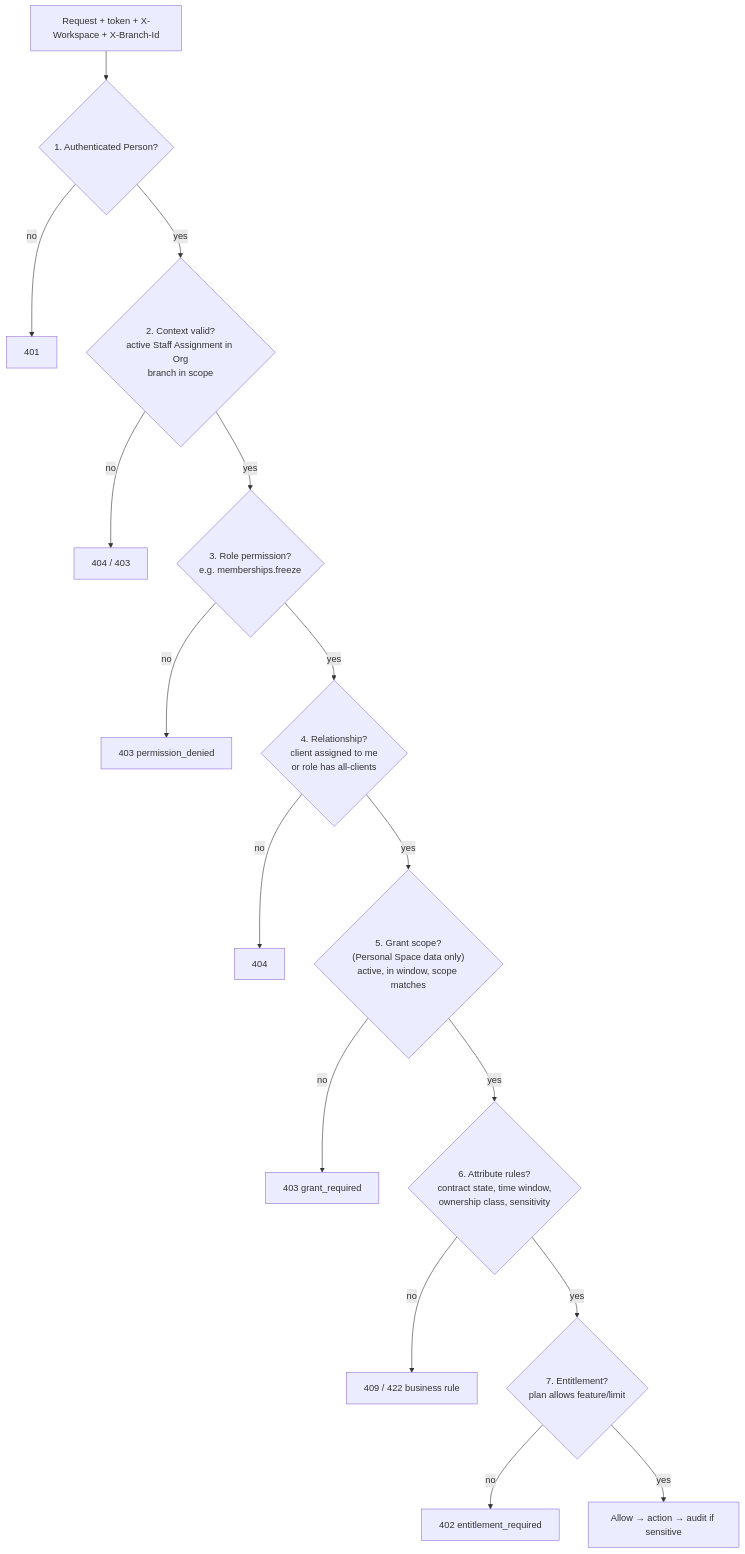
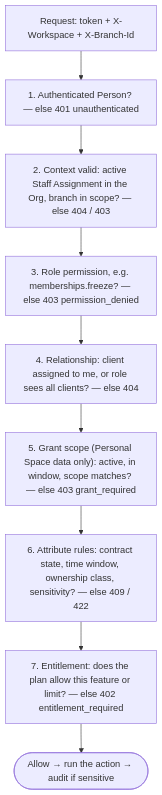
The third of 23 diagrams in docs/fitness-platform/TECHNICAL_SYSTEM_ARCHITECTURE.md (abdo-shrief270/muhasebi-egypt), drawn with Mermaid before and after one commit. The commit also changed other lines of this file and 7 other files, not shown here.

````diff
--- a/docs/fitness-platform/TECHNICAL_SYSTEM_ARCHITECTURE.md
+++ b/docs/fitness-platform/TECHNICAL_SYSTEM_ARCHITECTURE.md
@@ -401,18 +401,12 @@
 ```mermaid
-flowchart TD
-    R["Request + token + X-Workspace + X-Branch-Id"] --> L1{"1. Authenticated Person?"}
-    L1 -- "no" --> D401["401"]
-    L1 -- "yes" --> L2{"2. Context valid?<br/>active Staff Assignment in Org<br/>branch in scope"}
-    L2 -- "no" --> D404["404 / 403"]
-    L2 -- "yes" --> L3{"3. Role permission?<br/>e.g. memberships.freeze"}
-    L3 -- "no" --> D403["403 permission_denied"]
-    L3 -- "yes" --> L4{"4. Relationship?<br/>client assigned to me<br/>or role has all-clients"}
-    L4 -- "no" --> D404b["404"]
-    L4 -- "yes" --> L5{"5. Grant scope?<br/>(Personal Space data only)<br/>active, in window, scope matches"}
-    L5 -- "no" --> D403b["403 grant_required"]
-    L5 -- "yes" --> L6{"6. Attribute rules?<br/>contract state, time window,<br/>ownership class, sensitivity"}
-    L6 -- "no" --> D409["409 / 422 business rule"]
-    L6 -- "yes" --> L7{"7. Entitlement?<br/>plan allows feature/limit"}
-    L7 -- "no" --> D402["402 entitlement_required"]
-    L7 -- "yes" --> OK["Allow → action → audit if sensitive"]
+flowchart TB
+    R["Request: token + X-Workspace + X-Branch-Id"]
+    R --> L1["1. Authenticated Person? — else 401 unauthenticated"]
+    L1 --> L2["2. Context valid: active Staff Assignment in the Org, branch in scope? — else 404 / 403"]
+    L2 --> L3["3. Role permission, e.g. memberships.freeze? — else 403 permission_denied"]
+    L3 --> L4["4. Relationship: client assigned to me, or role sees all clients? — else 404"]
+    L4 --> L5["5. Grant scope (Personal Space data only): active, in window, scope matches? — else 403 grant_required"]
+    L5 --> L6["6. Attribute rules: contract state, time window, ownership class, sensitivity? — else 409 / 422"]
+    L6 --> L7["7. Entitlement: does the plan allow this feature or limit? — else 402 entitlement_required"]
+    L7 --> OK(["Allow → run the action → audit if sensitive"])
 ```
````
